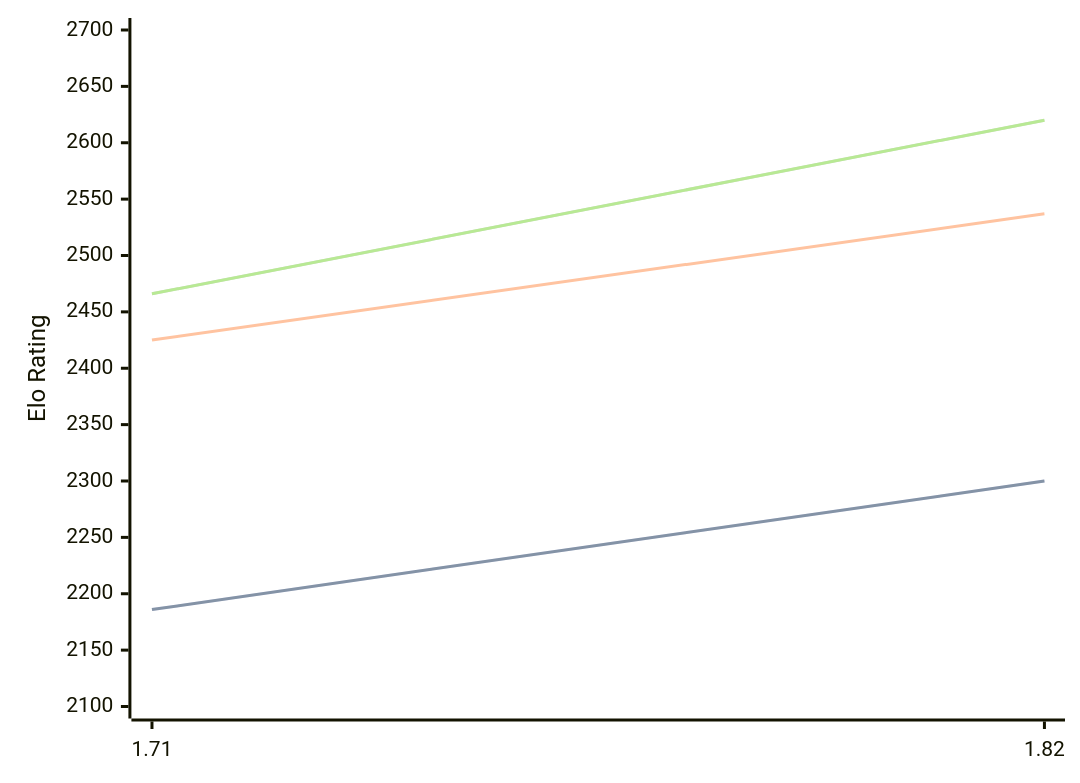
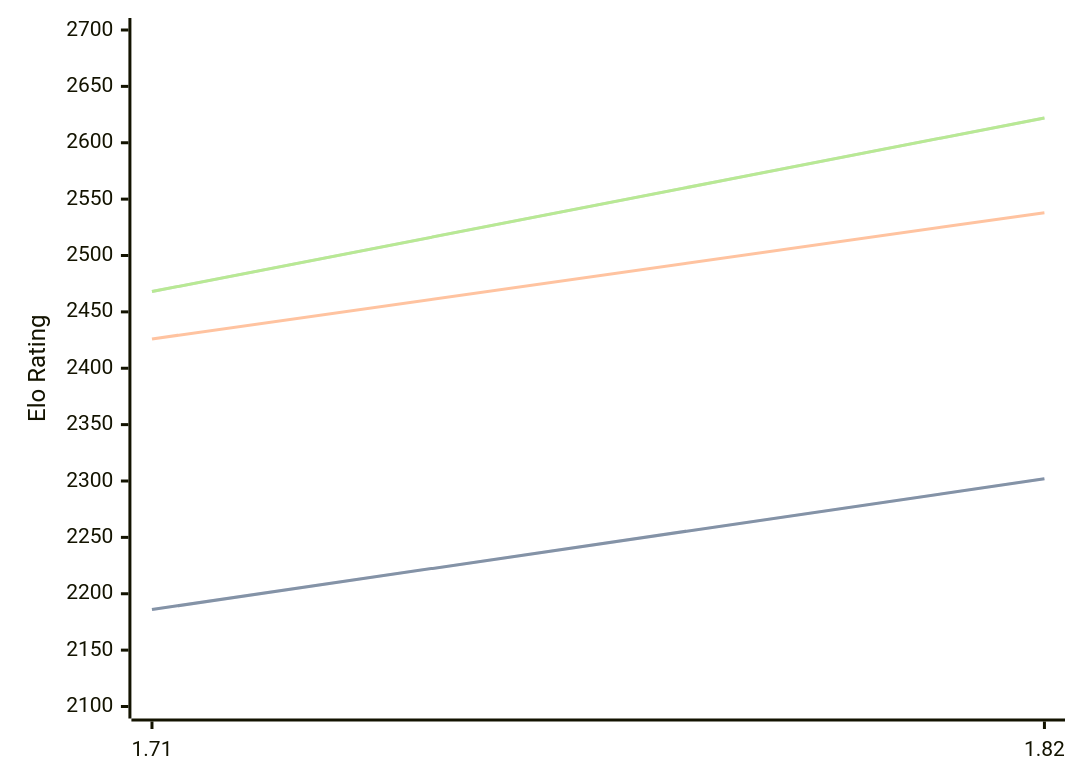
Before and after one commit to computer-chess-index/cci: the diagram in engines/Amira.md, drawn with Mermaid. The commit also changed other lines of this file, not shown here.

Commit message:
Update CCI Ratings (ELO VLTC) - 2026-08-26

````diff
--- a/engines/Amira.md
+++ b/engines/Amira.md
@@ -32,11 +32,11 @@
 ```mermaid
 %%{init: {"theme":"base","themeVariables":{"seriesColors:['#a3a3a3','#222221','#faa371']}}}%%
 xychart-beta
   x-axis ["1.71", "1.82"]
   y-axis "Elo Rating" 2100 --> 2700
-  line "STC (8.0+0.08s)" [2186, 2300]
-  line "STC (8.0+0.08s)" [2186, 2300]
-  line "LTC (60.0+0.60s)" [2425, 2537]
-  line "VLTC (2m24s+1.12s)" [2466, 2620]
-  line "VLTC (2m24s+1.12s)" [2466, 2620]
+  line "STC (8.0+0.08s)" [2186, 2302]
+  line "STC (8.0+0.08s)" [2186, 2302]
+  line "LTC (60.0+0.60s)" [2426, 2538]
+  line "VLTC (2m24s+1.12s)" [2468, 2622]
+  line "VLTC (2m24s+1.12s)" [2468, 2622]
 ```
````
